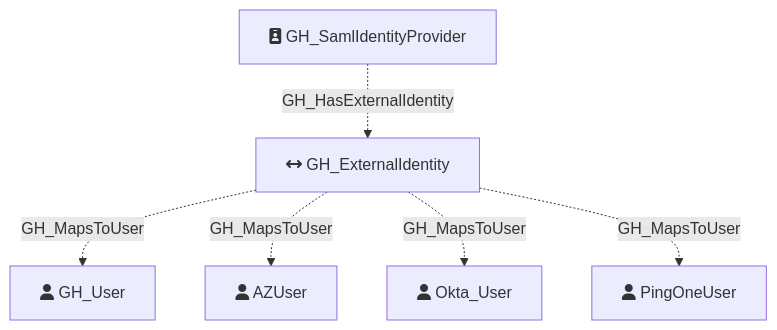
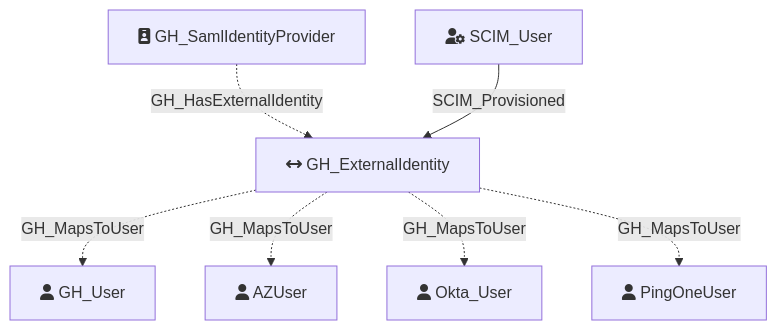
One commit to SpecterOps/GitHound changed the diagram in Documentation/NodeDescriptions/GH_ExternalIdentity.md. Above: the diagram before and after it, drawn with Mermaid. The commit also changed other lines of this file and 5 other files, not shown here.

````diff
--- a/Documentation/NodeDescriptions/GH_ExternalIdentity.md
+++ b/Documentation/NodeDescriptions/GH_ExternalIdentity.md
@@ -29,16 +29,19 @@
 ```mermaid
 flowchart TD
     GH_SamlIdentityProvider[fa:fa-id-badge GH_SamlIdentityProvider]
     GH_ExternalIdentity[fa:fa-arrows-left-right GH_ExternalIdentity]
     GH_User[fa:fa-user GH_User]
     AZUser[fa:fa-user AZUser]
     Okta_User[fa:fa-user Okta_User]
     PingOneUser[fa:fa-user PingOneUser]
 
 
+    SCIM_User[fa:fa-user-gear SCIM_User]
+
     GH_SamlIdentityProvider -.->|GH_HasExternalIdentity| GH_ExternalIdentity
     GH_ExternalIdentity -.->|GH_MapsToUser| GH_User
     GH_ExternalIdentity -.->|GH_MapsToUser| AZUser
     GH_ExternalIdentity -.->|GH_MapsToUser| Okta_User
     GH_ExternalIdentity -.->|GH_MapsToUser| PingOneUser
+    SCIM_User -->|SCIM_Provisioned| GH_ExternalIdentity
 ```
````
